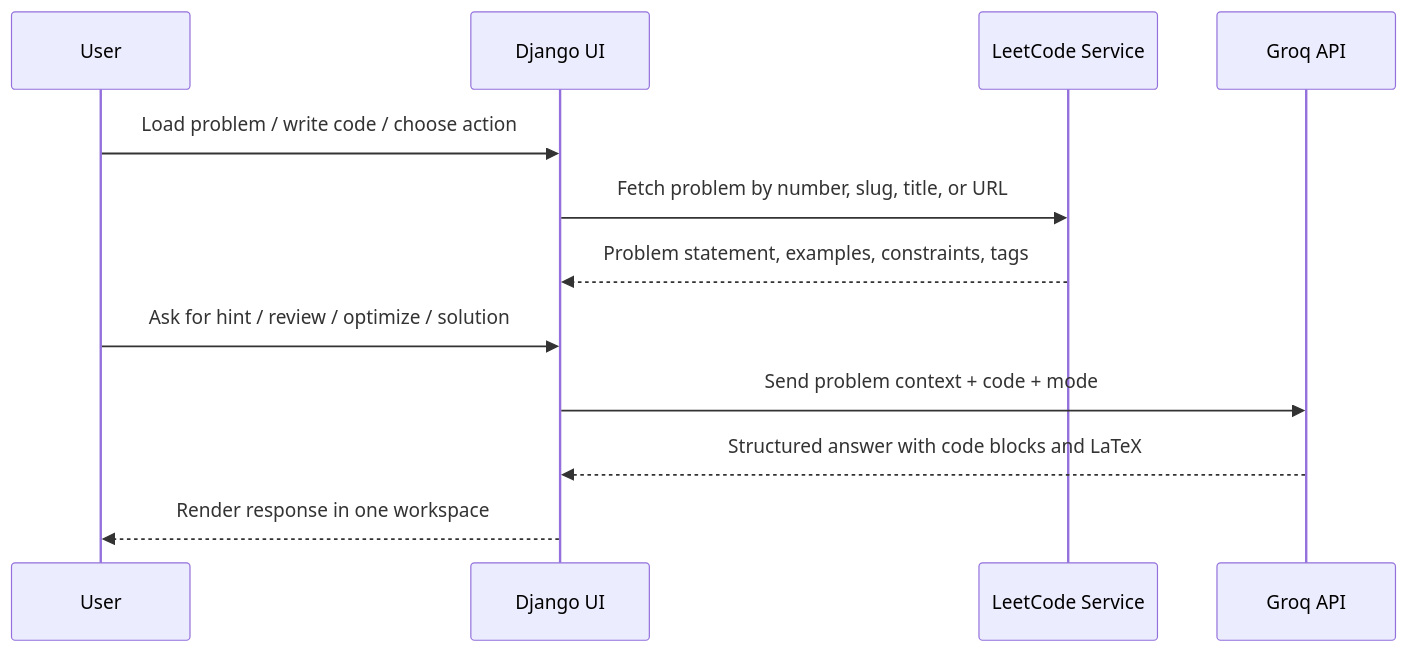
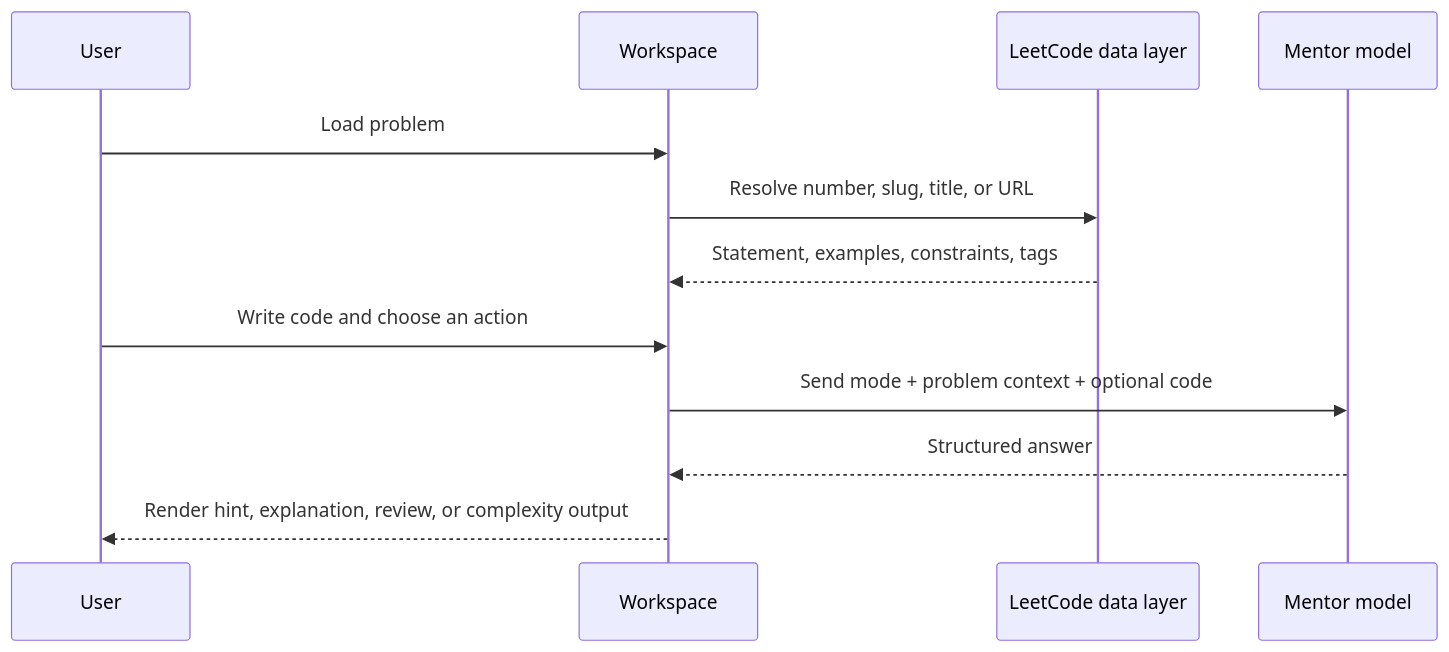
One commit to Harshpreet1729/LeetMentor changed the fifth of 9 diagrams in README.md. Above: the diagram before and after it, drawn with Mermaid. The commit also changed other lines of this file, not shown here.

Commit message:
Rewrite README diagrams and theory

````diff
--- a/README.md
+++ b/README.md
@@ -74,15 +199,15 @@
 ```mermaid
 sequenceDiagram
     participant U as User
-    participant UI as Django UI
-    participant LS as LeetCode Service
-    participant AI as Groq API
+    participant UI as Workspace
+    participant LC as LeetCode data layer
+    participant AI as Mentor model
 
-    U->>UI: Load problem / write code / choose action
-    UI->>LS: Fetch problem by number, slug, title, or URL
-    LS-->>UI: Problem statement, examples, constraints, tags
-    U->>UI: Ask for hint / review / optimize / solution
-    UI->>AI: Send problem context + code + mode
-    AI-->>UI: Structured answer with code blocks and LaTeX
-    UI-->>U: Render response in one workspace
+    U->>UI: Load problem
+    UI->>LC: Resolve number, slug, title, or URL
+    LC-->>UI: Statement, examples, constraints, tags
+    U->>UI: Write code and choose an action
+    UI->>AI: Send mode + problem context + optional code
+    AI-->>UI: Structured answer
+    UI-->>U: Render hint, explanation, review, or complexity output
 ```
````
